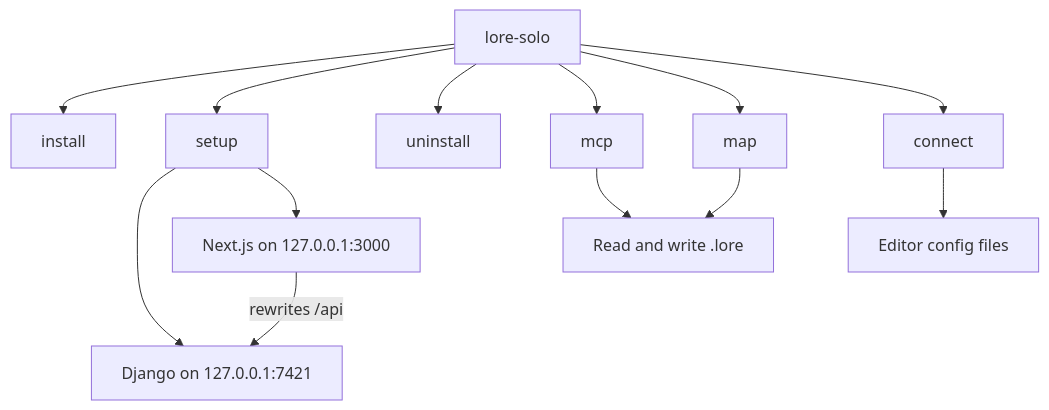
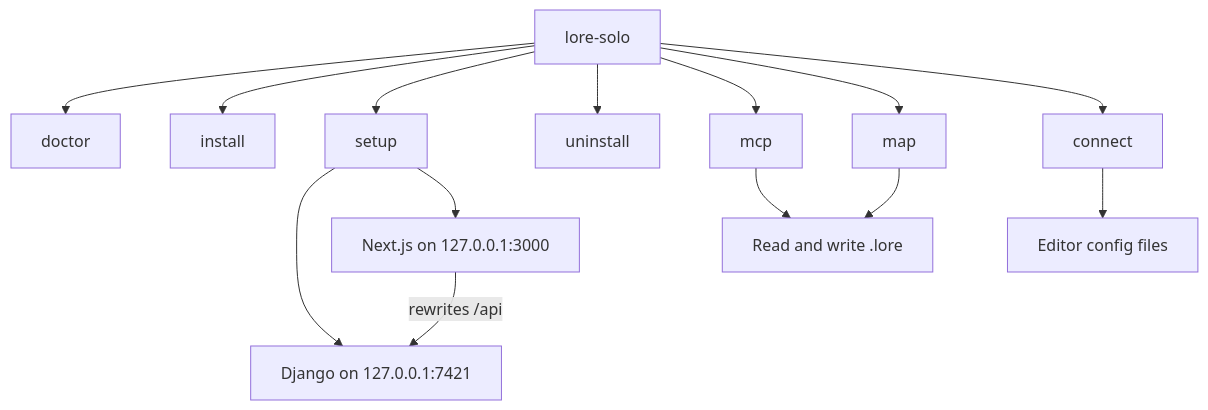
Before and after one commit to starrynight-web/LORE: the second of 6 diagrams in docs/solo/HOW_IT_WORKS.md, drawn with Mermaid. The commit also changed other lines of this file and 12 other files, not shown here.

````diff
--- a/docs/solo/HOW_IT_WORKS.md
+++ b/docs/solo/HOW_IT_WORKS.md
@@ -41,16 +42,17 @@
 ```mermaid
 flowchart TD
   entry["lore-solo"]
+  entry --> doctor["doctor"]
   entry --> install["install"]
   entry --> setup["setup"]
   entry --> uninstall["uninstall"]
   entry --> mcp["mcp"]
   entry --> mapCmd["map"]
   entry --> connect["connect"]
   setup --> django["Django on 127.0.0.1:7421"]
   setup --> next["Next.js on 127.0.0.1:3000"]
   next -->|"rewrites /api"| django
   mcp --> files["Read and write .lore"]
   mapCmd --> files
   connect --> editors["Editor config files"]
 ```
````
